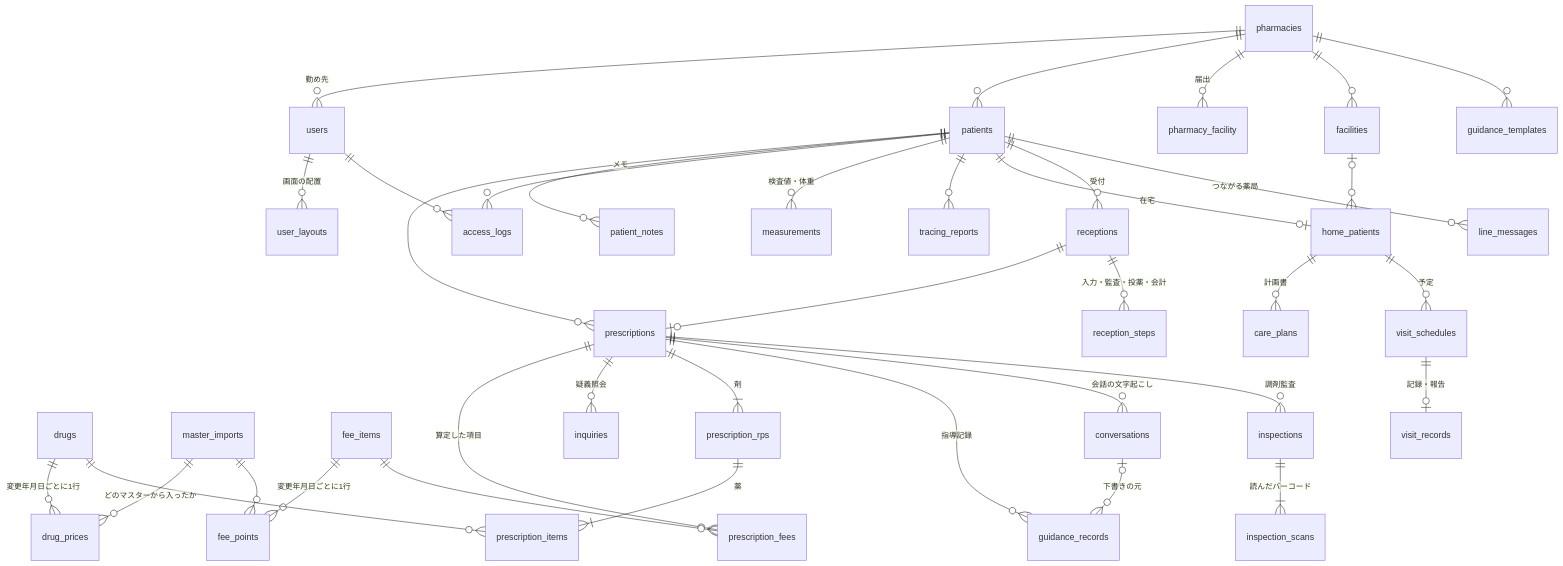
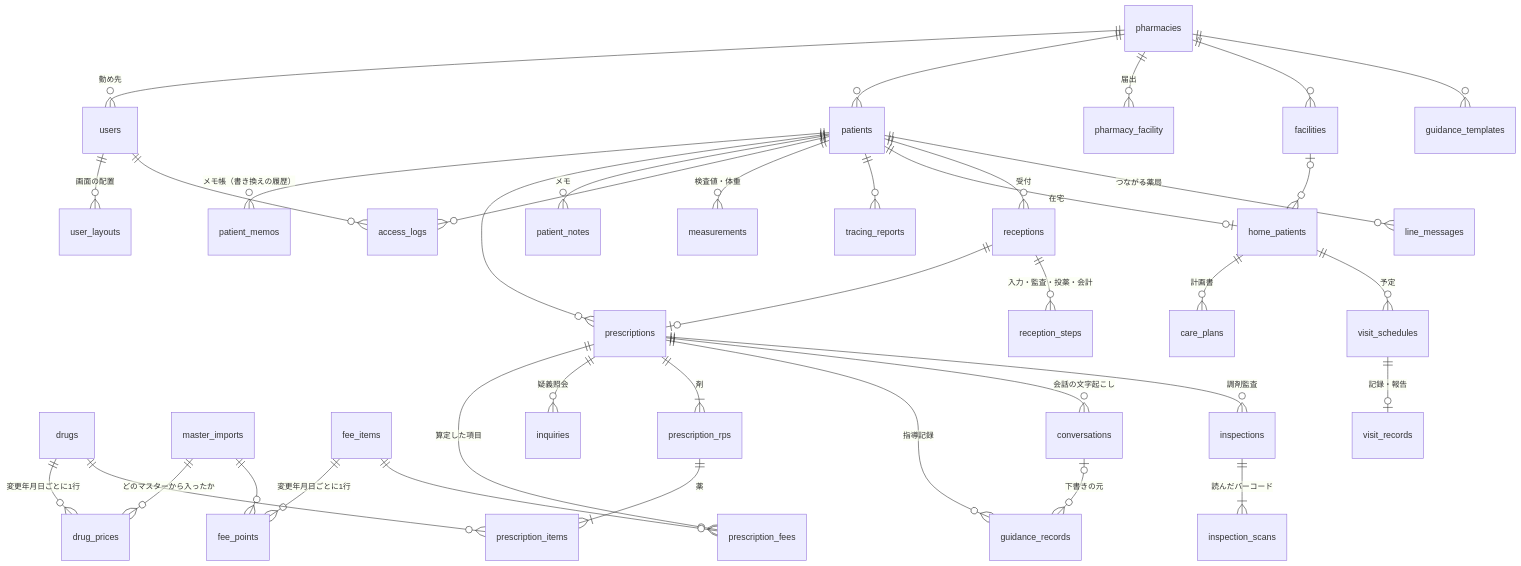
Before and after one commit to Raion613/pharmacy-app: the third of 3 diagrams in README.md, drawn with Mermaid. The commit also changed other lines of this file and 18 other files, not shown here.

````diff
--- a/README.md
+++ b/README.md
@@ -275,39 +275,40 @@
 ```mermaid
 erDiagram
   pharmacies ||--o{ users : "勤め先"
   pharmacies ||--o{ patients : ""
   pharmacies ||--o{ pharmacy_facility : "届出"
   pharmacies ||--o{ facilities : ""
   pharmacies ||--o{ guidance_templates : ""
   users ||--o{ user_layouts : "画面の配置"
+  patients ||--o{ patient_memos : "メモ帳（書き換えの履歴）"
   drugs ||--o{ drug_prices : "変更年月日ごとに1行"
   master_imports ||--o{ drug_prices : "どのマスターから入ったか"
   fee_items ||--o{ fee_points : "変更年月日ごとに1行"
   master_imports ||--o{ fee_points : ""
   prescriptions ||--o{ prescription_fees : "算定した項目"
   fee_items ||--o{ prescription_fees : ""
   prescriptions ||--o{ inquiries : "疑義照会"
   patients ||--o{ prescriptions : ""
   prescriptions ||--|{ prescription_rps : "剤"
   prescription_rps ||--|{ prescription_items : "薬"
   drugs ||--o{ prescription_items : ""
   patients ||--o{ patient_notes : "メモ"
   prescriptions ||--o{ guidance_records : "指導記録"
   users ||--o{ access_logs : ""
   patients ||--o{ access_logs : ""
   patients ||--o{ measurements : "検査値・体重"
   prescriptions ||--o{ conversations : "会話の文字起こし"
   conversations |o--o{ guidance_records : "下書きの元"
   patients ||--o{ tracing_reports : ""
   patients ||--o| home_patients : "在宅"
   facilities |o--o{ home_patients : ""
   home_patients ||--o{ care_plans : "計画書"
   home_patients ||--o{ visit_schedules : "予定"
   visit_schedules ||--o| visit_records : "記録・報告"
   patients ||--o{ receptions : "受付"
   receptions ||--o| prescriptions : ""
   receptions ||--o{ reception_steps : "入力・監査・投薬・会計"
   prescriptions ||--o{ inspections : "調剤監査"
   inspections ||--|{ inspection_scans : "読んだバーコード"
   patients ||--o{ line_messages : "つながる薬局"
 ```
````
